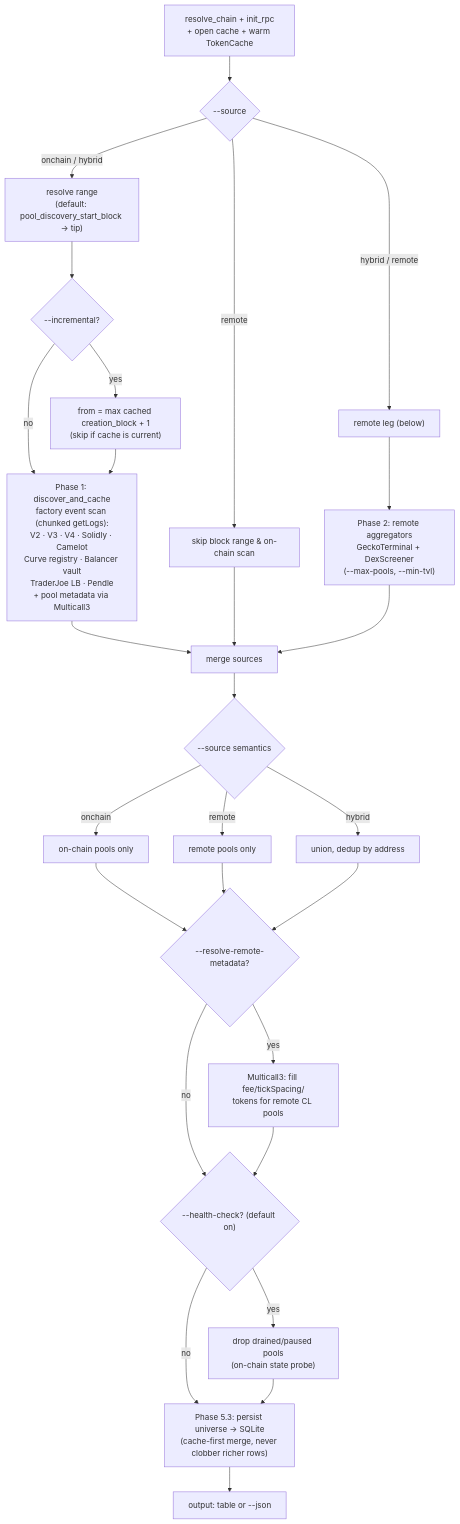
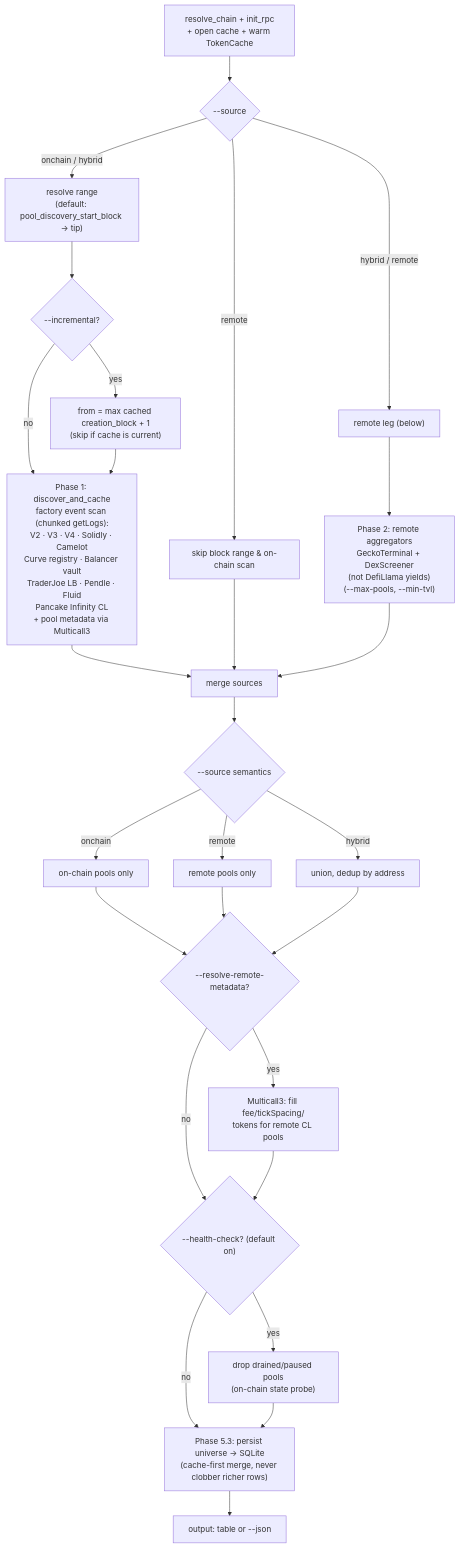
One commit to moha-moradi/mev-scout changed the sixth of 13 diagrams in docs/ARCHITECTURE.md. Above: the diagram before and after it, drawn with Mermaid. The commit also changed other lines of this file and 71 other files, not shown here.

````diff
--- a/docs/ARCHITECTURE.md
+++ b/docs/ARCHITECTURE.md
@@ -235,30 +286,30 @@
 ```mermaid
 flowchart TB
     A["resolve_chain + init_rpc<br/>+ open cache + warm TokenCache"] --> B{"--source"}
     B -- "remote" --> R["skip block range & on-chain scan"]
     B -- "onchain / hybrid" --> C["resolve range<br/>(default: pool_discovery_start_block → tip)"]
     B -- "hybrid / remote" --> R2["remote leg (below)"]
     C --> D{"--incremental?"}
     D -- yes --> E["from = max cached creation_block + 1<br/>(skip if cache is current)"]
     D -- no --> F
-    E --> F["Phase 1: discover_and_cache<br/>factory event scan (chunked getLogs):<br/>V2 · V3 · V4 · Solidly · Camelot<br/>Curve registry · Balancer vault<br/>TraderJoe LB · Pendle<br/>+ pool metadata via Multicall3"]
+    E --> F["Phase 1: discover_and_cache<br/>factory event scan (chunked getLogs):<br/>V2 · V3 · V4 · Solidly · Camelot<br/>Curve registry · Balancer vault<br/>TraderJoe LB · Pendle · Fluid<br/>Pancake Infinity CL<br/>+ pool metadata via Multicall3"]
     F --> G
     R --> G["merge sources"]
-    R2 --> H["Phase 2: remote aggregators<br/>GeckoTerminal + DexScreener<br/>(--max-pools, --min-tvl)"]
+    R2 --> H["Phase 2: remote aggregators<br/>GeckoTerminal + DexScreener<br/>(not DefiLlama yields)<br/>(--max-pools, --min-tvl)"]
     H --> G
     G --> I{"--source semantics"}
     I -- onchain --> J["on-chain pools only"]
     I -- remote --> K["remote pools only"]
     I -- hybrid --> L["union, dedup by address"]
     J --> M
     K --> M
     L --> M
     M{"--resolve-remote-metadata?"}
     M -- yes --> N["Multicall3: fill fee/tickSpacing/<br/>tokens for remote CL pools"]
     M -- no --> O
     N --> O{"--health-check? (default on)"}
     O -- yes --> P["drop drained/paused pools<br/>(on-chain state probe)"]
     O -- no --> Q
     P --> Q["Phase 5.3: persist universe → SQLite<br/>(cache-first merge, never clobber richer rows)"]
     Q --> T["output: table or --json"]
 ```
````
